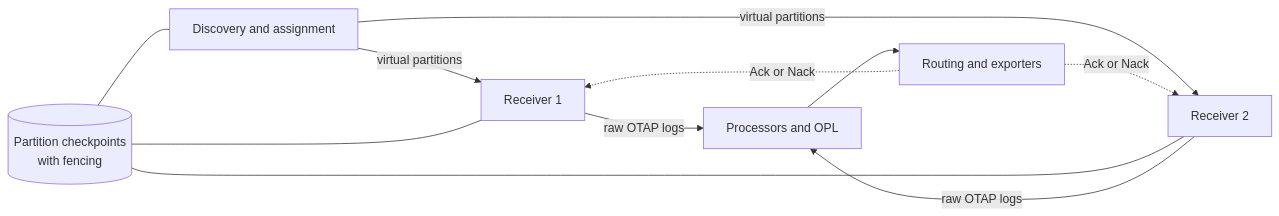
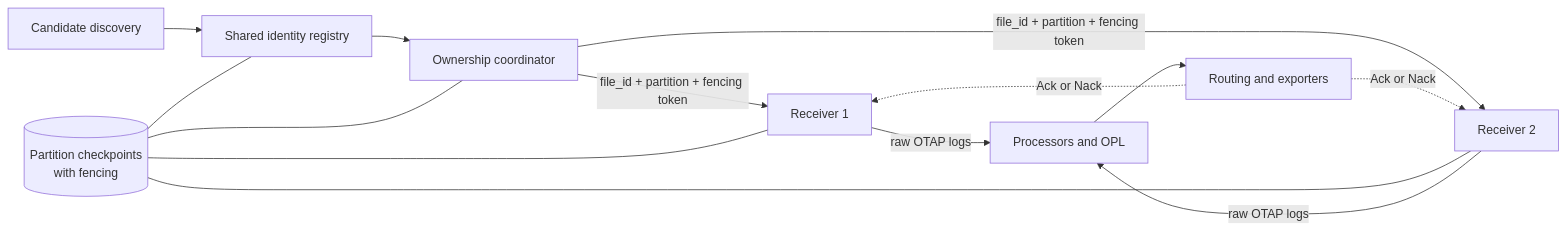
The second of 8 diagrams in rust/otap-dataflow/docs/filelog-receiver.md (open-telemetry/otel-arrow), drawn with Mermaid before and after one commit. The commit also changed other lines of this file, not shown here.

Commit message:
docs: tighten filelog architecture contracts

````diff
--- a/rust/otap-dataflow/docs/filelog-receiver.md
+++ b/rust/otap-dataflow/docs/filelog-receiver.md
@@ -144,13 +234,16 @@
 ```mermaid
 flowchart LR
-  D["Discovery and assignment"] -->|"virtual partitions"| R1["Receiver 1"]
-  D -->|"virtual partitions"| R2["Receiver 2"]
+  S["Candidate discovery"] --> I["Shared identity registry"]
+  I --> D["Ownership coordinator"]
+  D -->|"file_id + partition + fencing token"| R1["Receiver 1"]
+  D -->|"file_id + partition + fencing token"| R2["Receiver 2"]
   R1 -->|"raw OTAP logs"| P["Processors and OPL"]
   R2 -->|"raw OTAP logs"| P
   P --> E["Routing and exporters"]
   E -.->|"Ack or Nack"| R1
   E -.->|"Ack or Nack"| R2
-  C[("Partition checkpoints<br/>with fencing")] --- D
+  C[("Partition checkpoints<br/>with fencing")] --- I
+  C --- D
   C --- R1
   C --- R2
 ```
````
